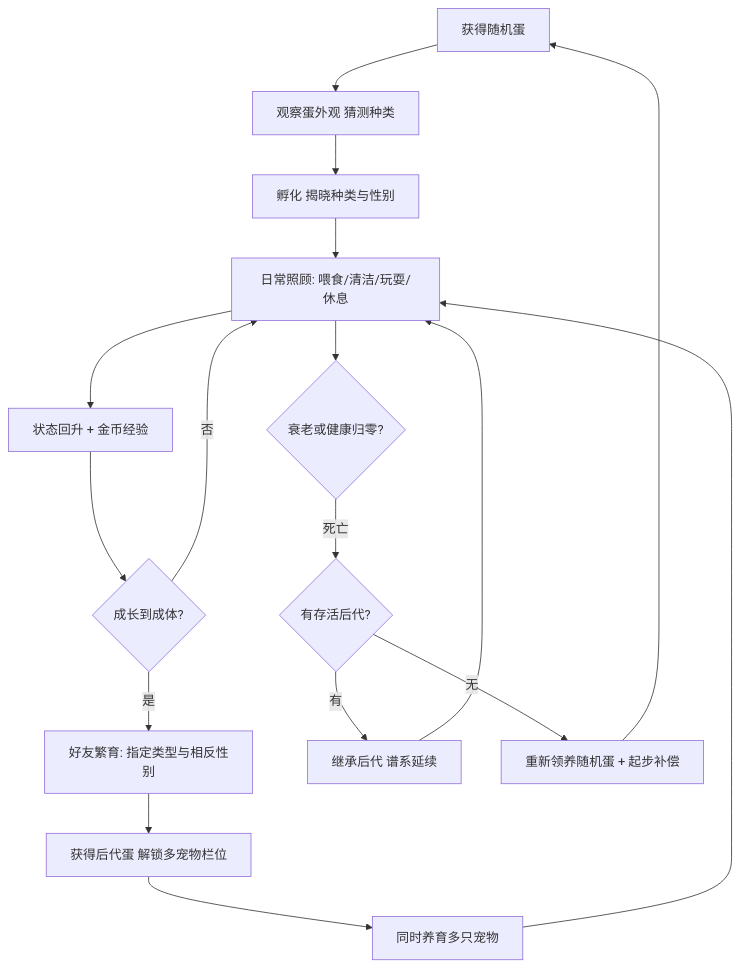
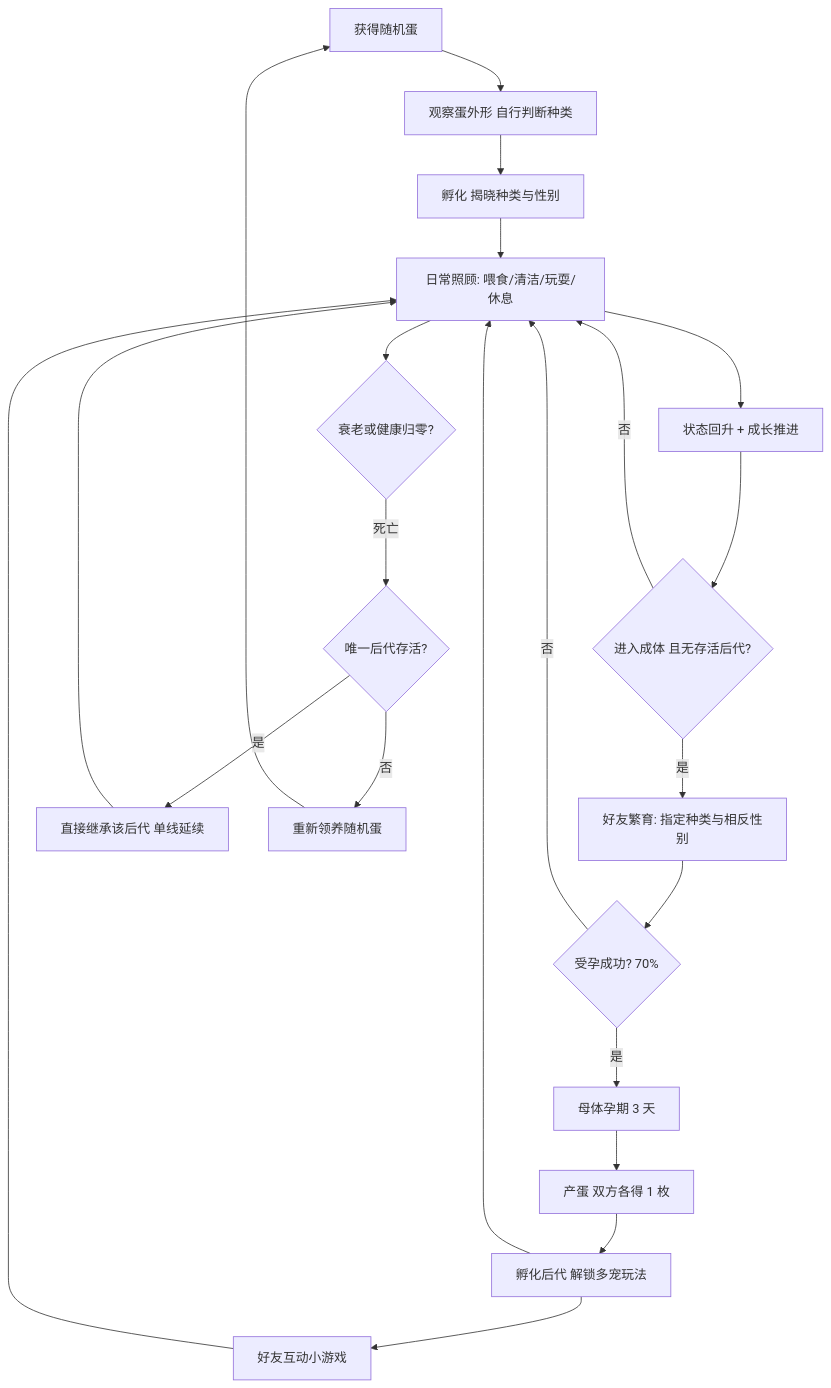
The diagram in docs/游戏设计文档.md (miniDesigner/CyberPet), drawn with Mermaid before and after one commit. The commit also changed other lines of this file and 3 other files, not shown here.

````diff
--- a/docs/游戏设计文档.md
+++ b/docs/游戏设计文档.md
@@ -48,19 +49,24 @@
 ```mermaid
 flowchart TD
-    A[获得随机蛋] --> B[观察蛋外观 猜测种类]
+    A[获得随机蛋] --> B[观察蛋外形 自行判断种类]
     B --> C[孵化 揭晓种类与性别]
     C --> D[日常照顾: 喂食/清洁/玩耍/休息]
-    D --> E[状态回升 + 金币经验]
-    E --> F{成长到成体?}
+    D --> E[状态回升 + 成长推进]
+    E --> F{进入成体 且无存活后代?}
     F -->|否| D
-    F -->|是| G[好友繁育: 指定类型与相反性别]
-    G --> H[获得后代蛋 解锁多宠物栏位]
-    H --> I[同时养育多只宠物]
-    I --> D
-    D --> J{衰老或健康归零?}
-    J -->|死亡| K{有存活后代?}
-    K -->|有| L[继承后代 谱系延续]
-    K -->|无| M[重新领养随机蛋 + 起步补偿]
+    F -->|是| G[好友繁育: 指定种类与相反性别]
+    G --> H{受孕成功? 70%}
+    H -->|否| D
+    H -->|是| I[母体孕期 3 天]
+    I --> J[产蛋 双方各得 1 枚]
+    J --> K[孵化后代 解锁多宠玩法]
+    K --> D
+    K --> L[好友互动小游戏]
     L --> D
-    M --> A
+    D --> M{衰老或健康归零?}
+    M -->|死亡| N{唯一后代存活?}
+    N -->|是| O[直接继承该后代 单线延续]
+    N -->|否| P[重新领养随机蛋]
+    O --> D
+    P --> A
 ```
````
